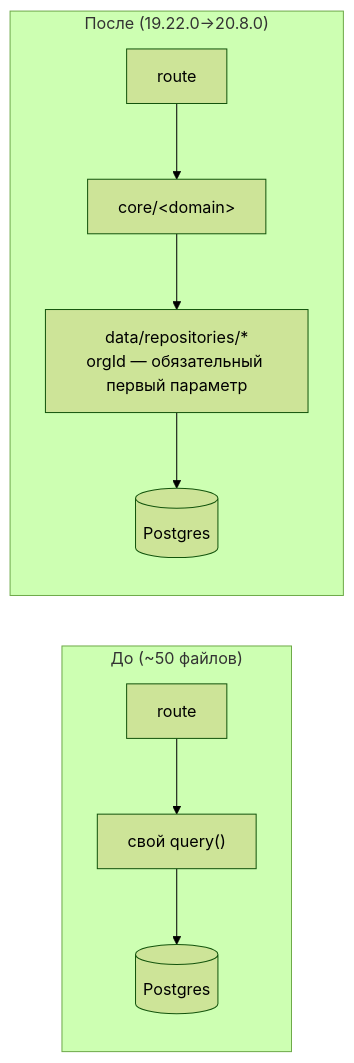
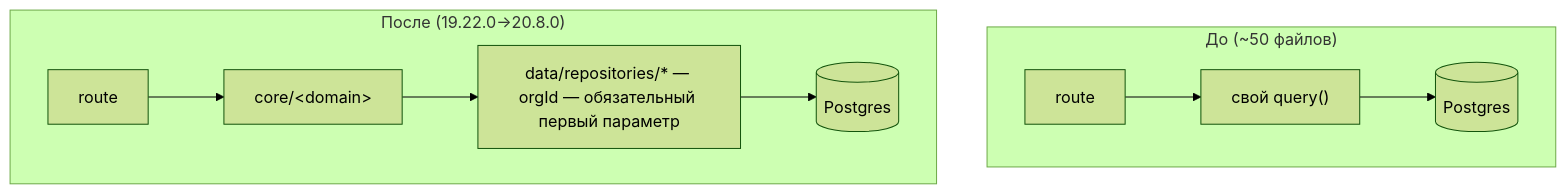
One commit to JustT1MExGOD/tele2-app changed the diagram in docs/ADR/001-repository-pattern.md. Above: the diagram before and after it, drawn with Mermaid (forest theme). The commit also changed other lines of this file and 54 other files, not shown here.

````diff
--- a/docs/ADR/001-repository-pattern.md
+++ b/docs/ADR/001-repository-pattern.md
@@ -25,9 +37,9 @@
 ```mermaid
-flowchart LR
+flowchart TB
     subgraph before["До (~50 файлов)"]
         R1["route"] --> SQL1["свой query()"] --> PG1[(Postgres)]
     end
     subgraph after["После (19.22.0→20.8.0)"]
-        R2["route"] --> C2["core/&lt;domain&gt;"] --> REPO["data/repositories/*<br/>orgId — обязательный первый параметр"] --> PG2[(Postgres)]
+        R2["route"] --> C2["core/&lt;domain&gt;"] --> REPO["data/repositories/* — orgId — обязательный первый параметр"] --> PG2[(Postgres)]
     end
 ```
````
